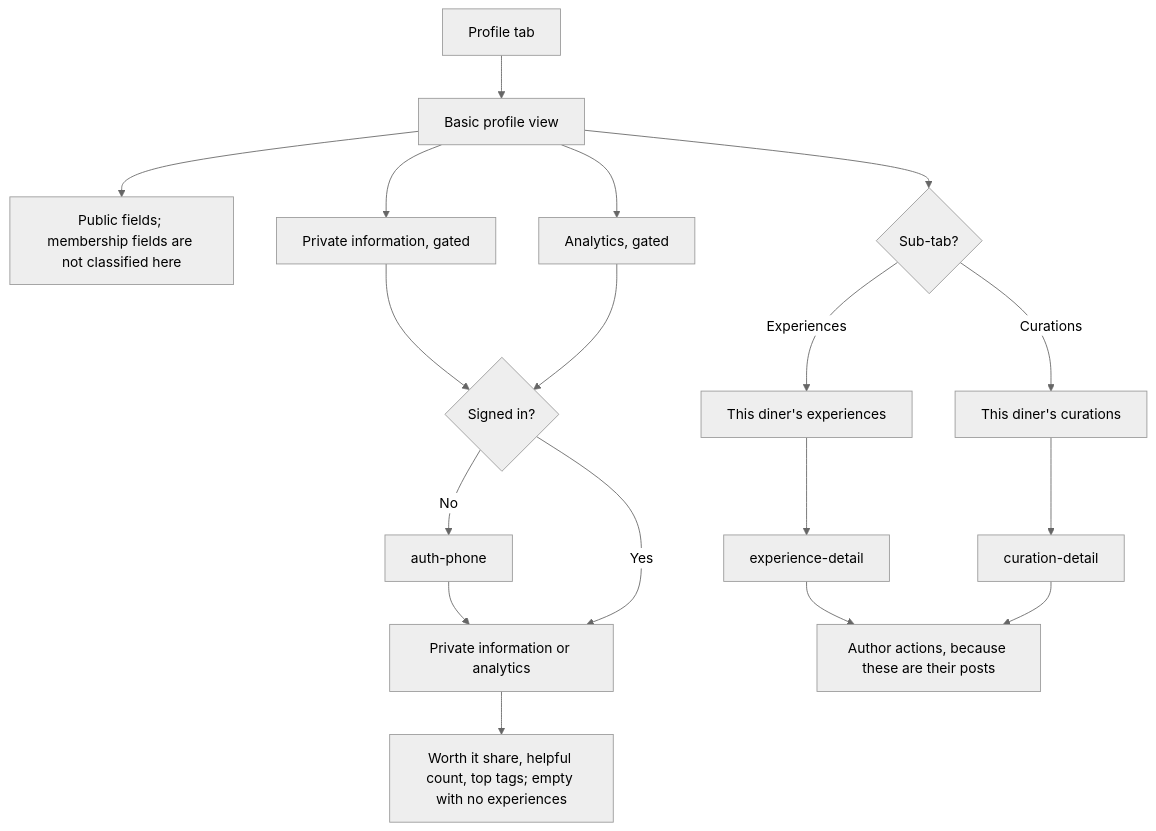
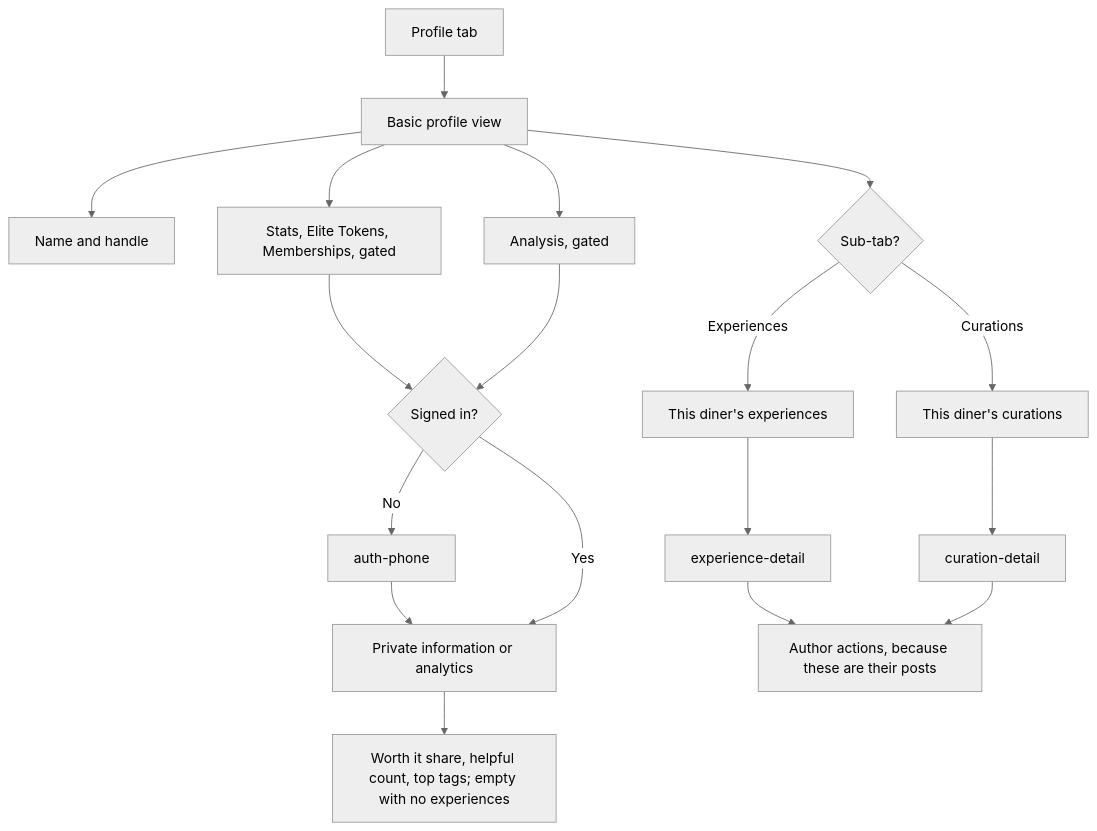
Before and after one commit to bawra11/elite-product: the first of 2 diagrams in product/detail-flows/10-profile-and-social.md, drawn with Mermaid (neutral theme). The commit also changed other lines of this file and 1 other file, not shown here.

Commit message:
Record which profile fields guests can see.
Guests see a user's name, handle, and the Experiences and Curations tabs. Stats, Elite Tokens, Analysis, and Memberships stay locked until sign-in. This supersedes the 2026-10-01 note that those fields were not decided, including membership fields.

````diff
--- a/product/detail-flows/10-profile-and-social.md
+++ b/product/detail-flows/10-profile-and-social.md
@@ -7,21 +7,21 @@
 ```mermaid
 flowchart TD
   tab["Profile tab"] --> basic["Basic profile view"]
-  basic --> details["Public fields; membership fields are not classified here"]
-  basic --> private["Private information, gated"]
-  basic --> analysis["Analytics, gated"]
+  basic --> details["Name and handle"]
+  basic --> private["Stats, Elite Tokens, Memberships, gated"]
+  basic --> analysis["Analysis, gated"]
   private --> gate{Signed in?}
   analysis --> gate
   gate -->|No| auth["auth-phone"]
   auth --> shown["Private information or analytics"]
   gate -->|Yes| shown
   shown --> metrics["Worth it share, helpful count, top tags; empty with no experiences"]
 
   basic --> sub{Sub-tab?}
   sub -->|Experiences| mineExp["This diner's experiences"]
   sub -->|Curations| mineCur["This diner's curations"]
   mineExp --> exp["experience-detail"]
   mineCur --> cur["curation-detail"]
   exp --> own["Author actions, because these are their posts"]
   cur --> own
 ```
````
